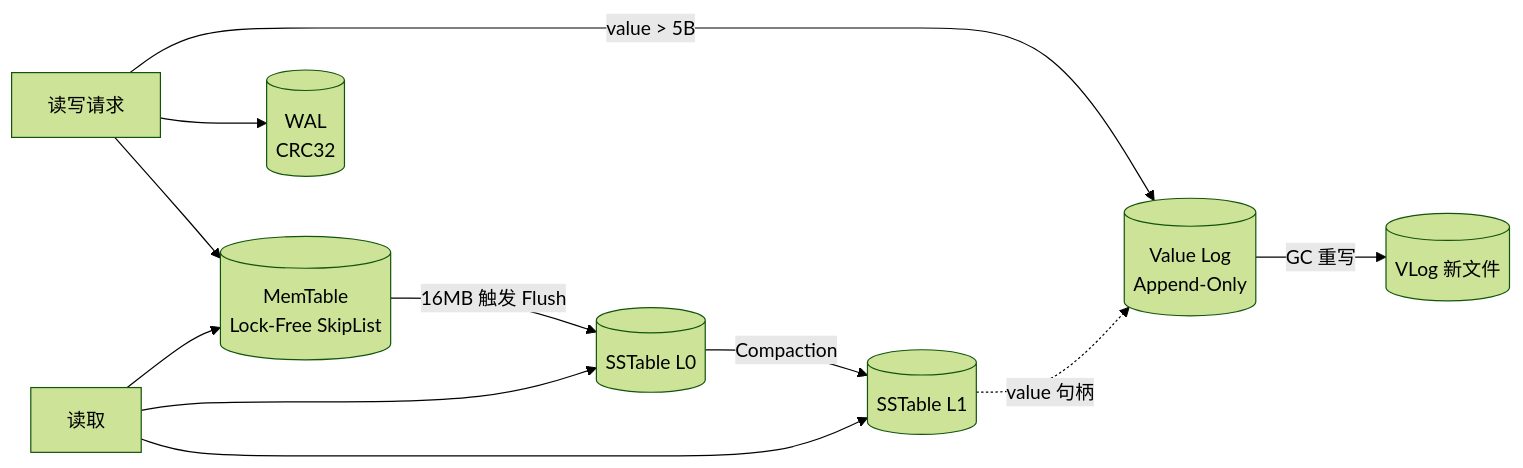
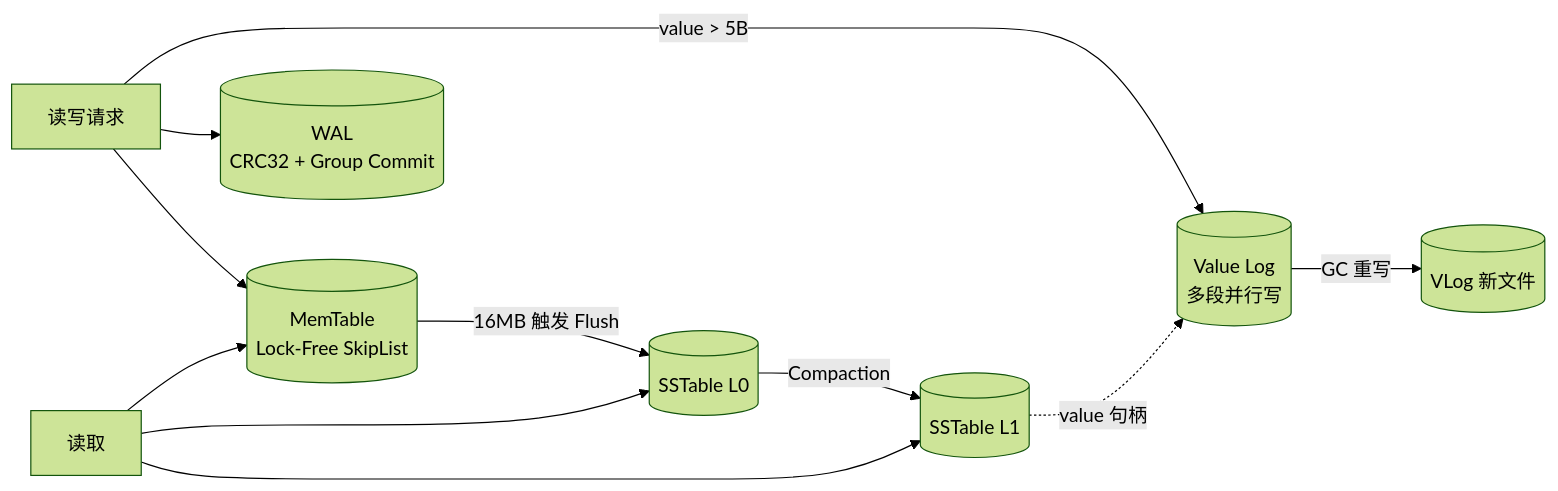
The diagram in README.md (zbyyehyehyeh/ZeroKV), drawn with Mermaid (forest theme) before and after one commit. The commit also changed other lines of this file and 10 other files, not shown here.

First line of the commit message:
fix(wal): rotate only at quiescent points + docs

````diff
--- a/README.md
+++ b/README.md
@@ -37,13 +37,13 @@
 ```mermaid
 flowchart LR
     Client[读写请求] --> MT[(MemTable<br/>Lock-Free SkipList)]
-    Client --> WAL[(WAL<br/>CRC32)]
+    Client --> WAL[(WAL<br/>CRC32 + Group Commit)]
     MT -- 16MB 触发 Flush --> SST0[(SSTable L0)]
     SST0 -- Compaction --> SST1[(SSTable L1)]
-    Client -- value > 5B --> VLOG[(Value Log<br/>Append-Only)]
+    Client -- value > 5B --> VLOG[(Value Log<br/>多段并行写)]
     VLOG -- GC 重写 --> VLOG2[(VLog 新文件)]
     SST1 -. value 句柄 .-> VLOG
     Read[读取] --> MT
     Read --> SST0
     Read --> SST1
 ```
````
